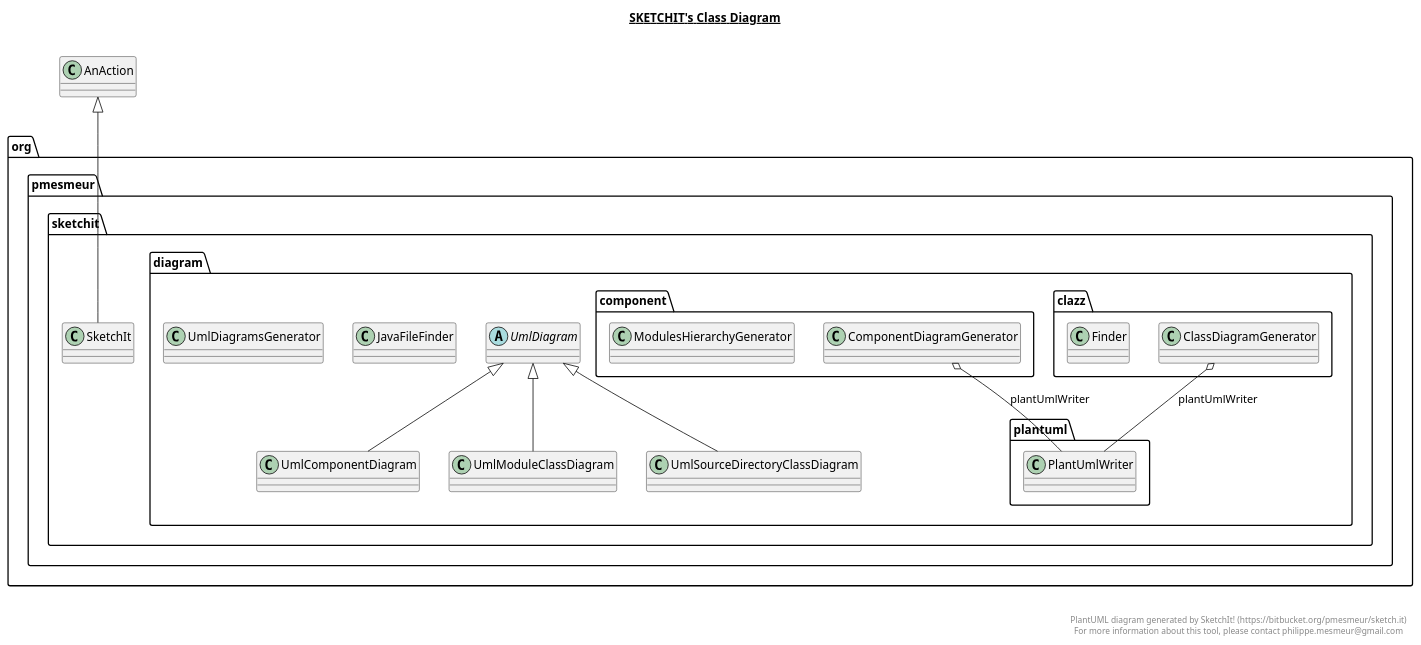
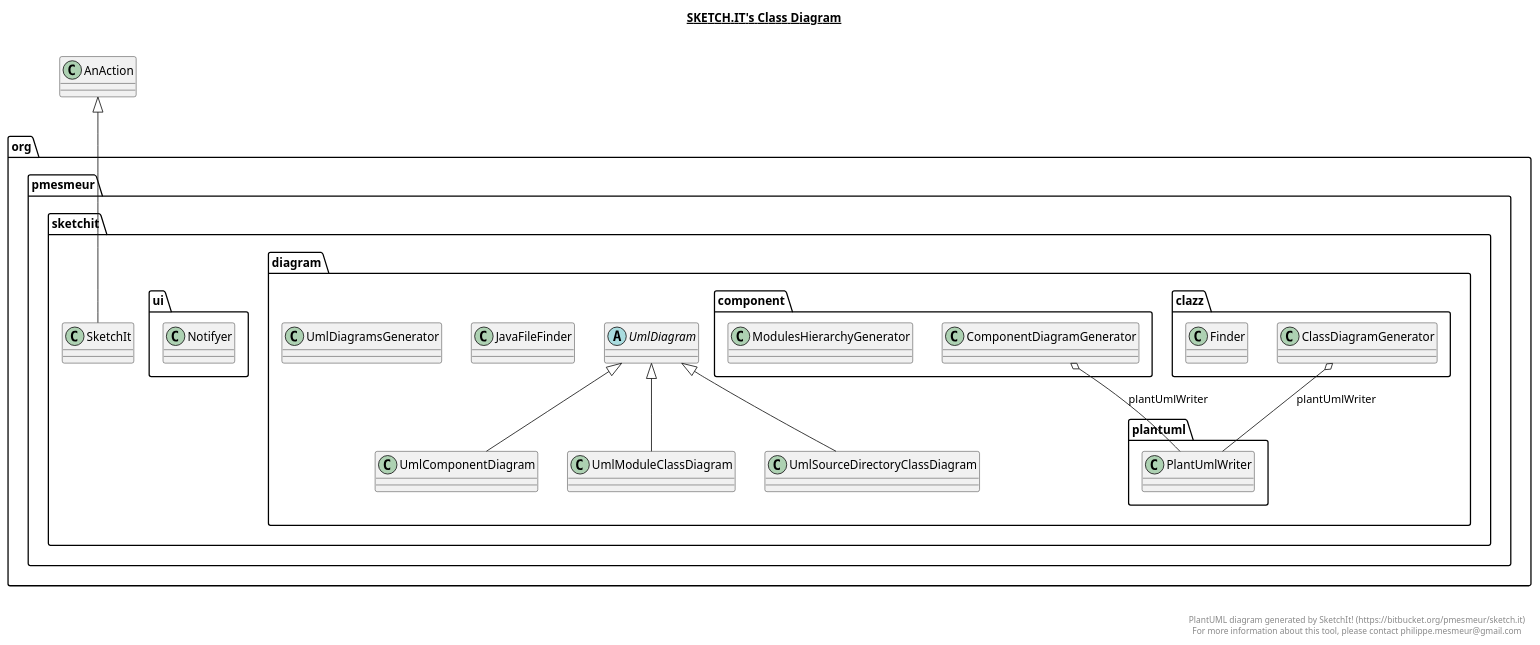
Before and after one commit to bigjimlefou/sketch.it: the diagram in Sketch.It.plantuml, drawn with PlantUML. The commit also changed 4 other files, not shown here.

```diff
--- a/Sketch.It.plantuml
+++ b/Sketch.It.plantuml
@@ -1,124 +1,132 @@
 @startuml
 
-title __SKETCHIT's Class Diagram__\n
+title __SKETCH.IT's Class Diagram__\n
 
   package org.pmesmeur.sketchit {
     package org.pmesmeur.sketchit.diagram {
       package org.pmesmeur.sketchit.diagram.clazz {
         class ClassDiagramGenerator {
         }
       }
     }
   }
-  
+
 
   package org.pmesmeur.sketchit {
     package org.pmesmeur.sketchit.diagram {
       package org.pmesmeur.sketchit.diagram.component {
         class ComponentDiagramGenerator {
         }
       }
     }
   }
-  
+
 
   package org.pmesmeur.sketchit {
     package org.pmesmeur.sketchit.diagram {
       package org.pmesmeur.sketchit.diagram.clazz {
         class Finder {
         }
       }
     }
   }
-  
+
 
   package org.pmesmeur.sketchit {
     package org.pmesmeur.sketchit.diagram {
       class JavaFileFinder {
       }
     }
   }
-  
+
 
   package org.pmesmeur.sketchit {
     package org.pmesmeur.sketchit.diagram {
       package org.pmesmeur.sketchit.diagram.component {
         class ModulesHierarchyGenerator {
         }
+      }
+    }
+  }
+
+
+  package org.pmesmeur.sketchit {
+    package org.pmesmeur.sketchit.ui {
+      class Notifyer {
       }
     }
   }
   
 
   package org.pmesmeur.sketchit {
     package org.pmesmeur.sketchit.diagram {
       package org.pmesmeur.sketchit.diagram.plantuml {
         class PlantUmlWriter {
         }
       }
     }
   }
   
 
   package org.pmesmeur.sketchit {
     class SketchIt {
     }
   }
   
 
   package org.pmesmeur.sketchit {
     package org.pmesmeur.sketchit.diagram {
       class UmlComponentDiagram {
       }
     }
   }
   
 
   package org.pmesmeur.sketchit {
     package org.pmesmeur.sketchit.diagram {
       abstract class UmlDiagram {
       }
     }
   }
   
 
   package org.pmesmeur.sketchit {
     package org.pmesmeur.sketchit.diagram {
       class UmlDiagramsGenerator {
       }
     }
   }
   
 
   package org.pmesmeur.sketchit {
     package org.pmesmeur.sketchit.diagram {
       class UmlModuleClassDiagram {
       }
     }
   }
   
 
   package org.pmesmeur.sketchit {
     package org.pmesmeur.sketchit.diagram {
       class UmlSourceDirectoryClassDiagram {
       }
     }
   }
   
 
   ClassDiagramGenerator o-- PlantUmlWriter : plantUmlWriter
   ComponentDiagramGenerator o-- PlantUmlWriter : plantUmlWriter
   SketchIt -up-|> AnAction
   UmlComponentDiagram -up-|> UmlDiagram
   UmlModuleClassDiagram -up-|> UmlDiagram
   UmlSourceDirectoryClassDiagram -up-|> UmlDiagram
 
 
 right footer
 
 
 PlantUML diagram generated by SketchIt! (https://bitbucket.org/pmesmeur/sketch.it)
 For more information about this tool, please contact philippe.mesmeur@gmail.com
 endfooter
 
 @enduml
```
